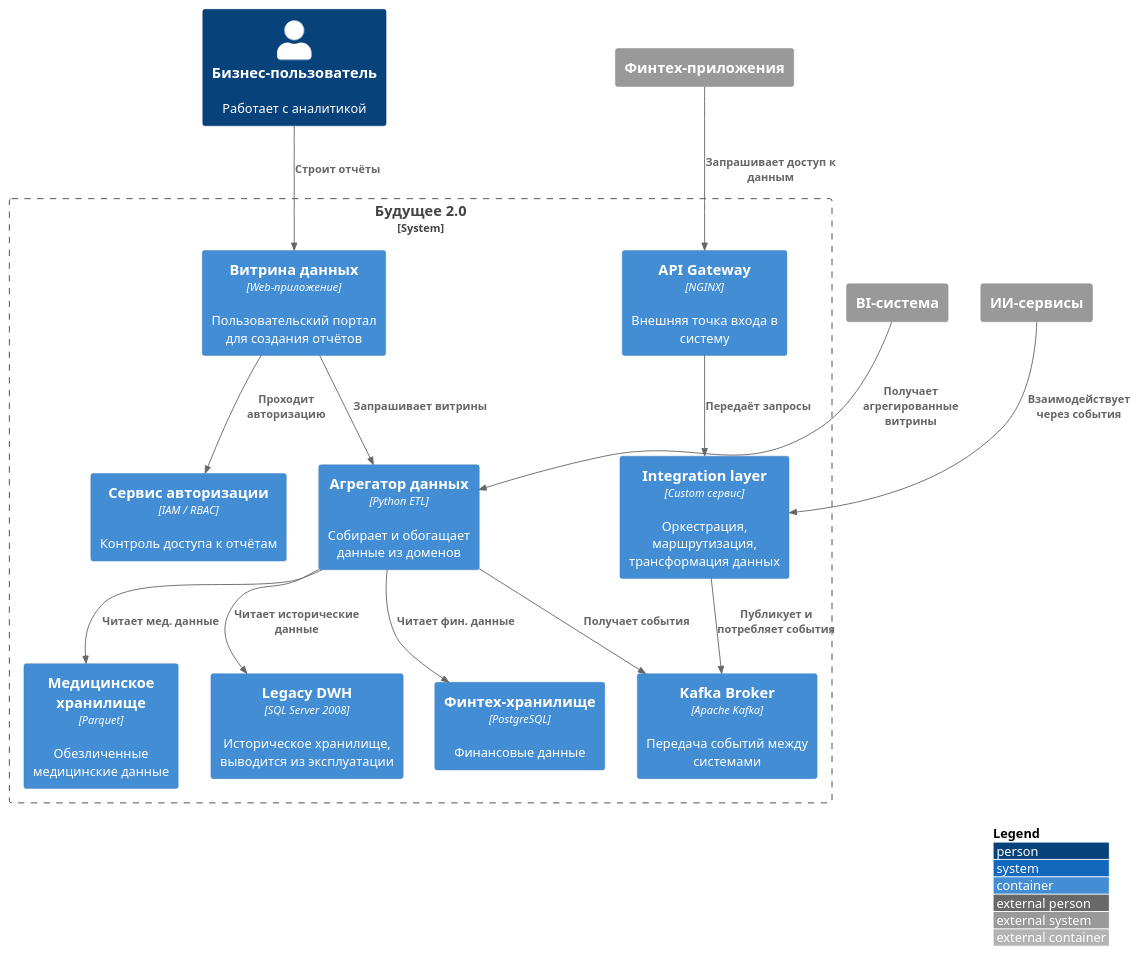
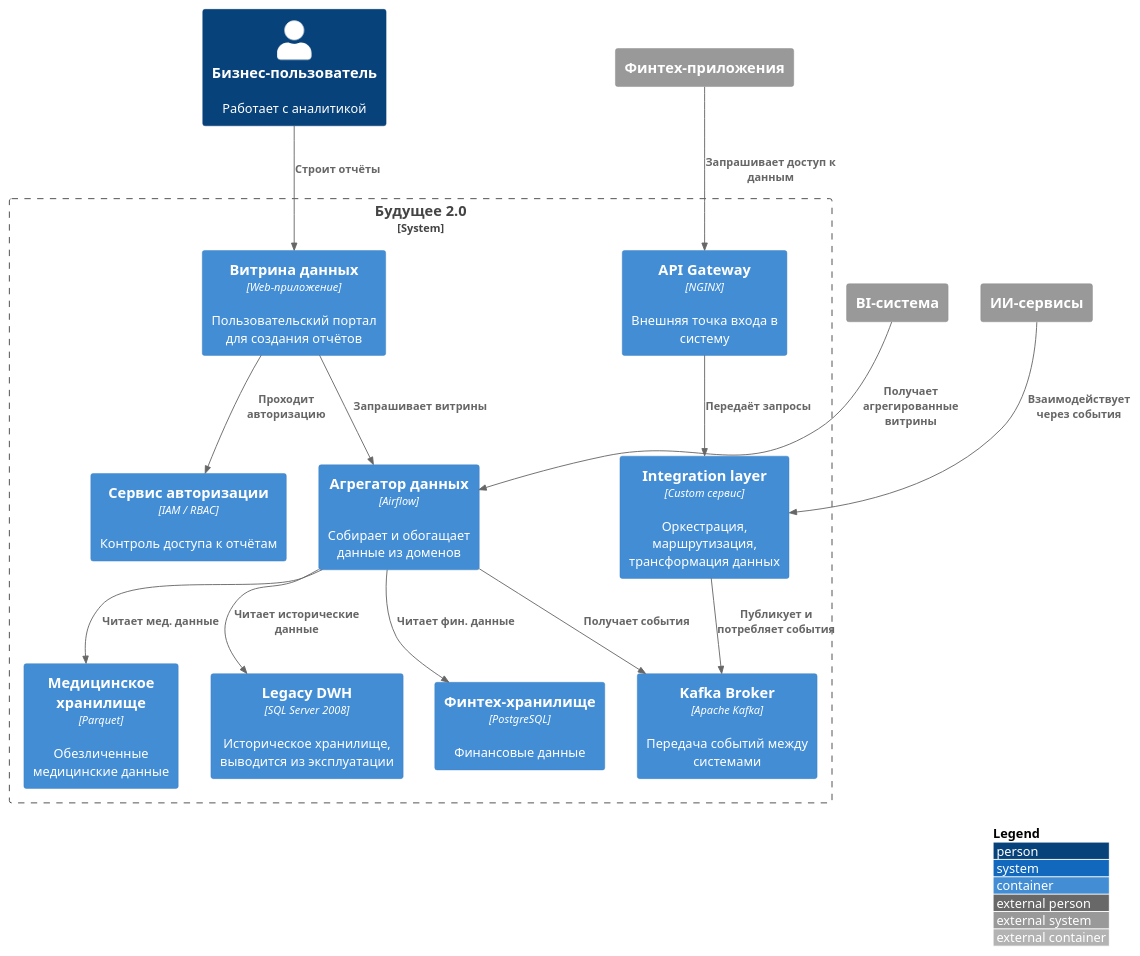
One commit to nicklson1/architecture-future_2_0 changed the diagram in Task1/C4.puml. Above: the diagram before and after it, drawn with PlantUML. The commit also changed 4 other files, not shown here.

```diff
--- a/Task1/C4.puml
+++ b/Task1/C4.puml
@@ -2,39 +2,39 @@
 @startuml C4_Container
 !include https://raw.githubusercontent.com/plantuml-stdlib/C4-PlantUML/master/C4_Container.puml
 
 LAYOUT_WITH_LEGEND()
 
 Person(businessUser, "Бизнес-пользователь", "Работает с аналитикой")
 
 System_Boundary(system, "Будущее 2.0") {
 
     Container(portal, "Витрина данных", "Web-приложение", "Пользовательский портал для создания отчётов")
     Container(authService, "Сервис авторизации", "IAM / RBAC", "Контроль доступа к отчётам")
-    Container(dataAggregator, "Агрегатор данных", "Python ETL", "Собирает и обогащает данные из доменов")
+    Container(dataAggregator, "Агрегатор данных", "Airflow", "Собирает и обогащает данные из доменов")
     Container(finDataStore, "Финтех-хранилище", "PostgreSQL", "Финансовые данные")
     Container(medDataStore, "Медицинское хранилище", "Parquet", "Обезличенные медицинские данные")
     Container(legacyDWH, "Legacy DWH", "SQL Server 2008", "Историческое хранилище, выводится из эксплуатации")
     Container(kafka, "Kafka Broker", "Apache Kafka", "Передача событий между системами")
     Container(integration, "Integration layer", "Custom сервис", "Оркестрация, маршрутизация, трансформация данных")
     Container(apiGateway, "API Gateway", "NGINX", "Внешняя точка входа в систему")
 
 }
 
 System_Ext(biSystem, "BI-система")
 System_Ext(aiService, "ИИ-сервисы")
 System_Ext(fintechApp, "Финтех-приложения")
 
 Rel(businessUser, portal, "Строит отчёты")
 Rel(portal, authService, "Проходит авторизацию")
 Rel(portal, dataAggregator, "Запрашивает витрины")
 Rel(dataAggregator, finDataStore, "Читает фин. данные")
 Rel(dataAggregator, medDataStore, "Читает мед. данные")
 Rel(dataAggregator, legacyDWH, "Читает исторические данные")
 Rel(dataAggregator, kafka, "Получает события")
 Rel(apiGateway, integration, "Передаёт запросы")
 Rel(integration, kafka, "Публикует и потребляет события")
 Rel(aiService, integration, "Взаимодействует через события")
 Rel(fintechApp, apiGateway, "Запрашивает доступ к данным")
 Rel(biSystem, dataAggregator, "Получает агрегированные витрины")
 
 @enduml
```
